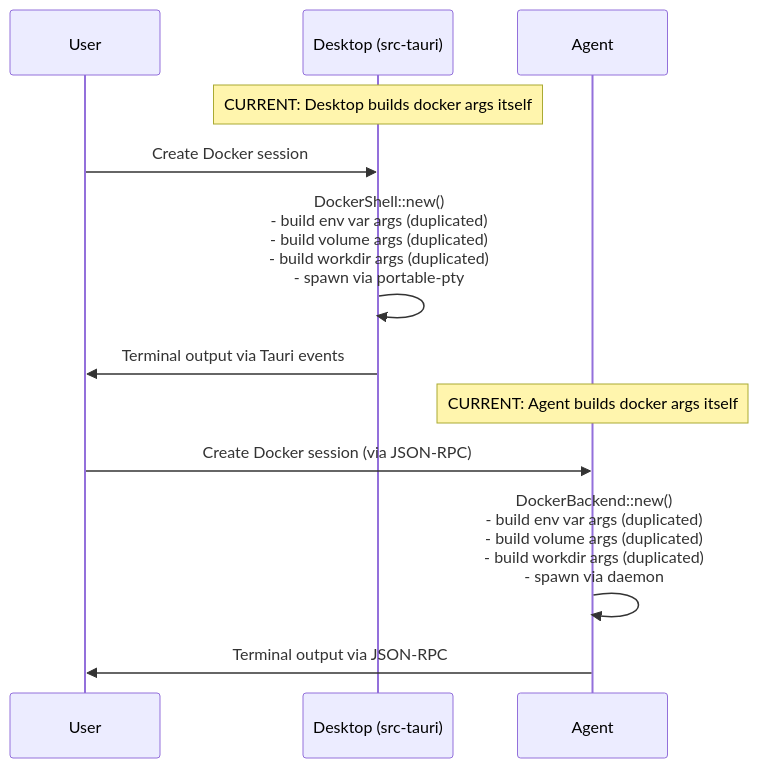
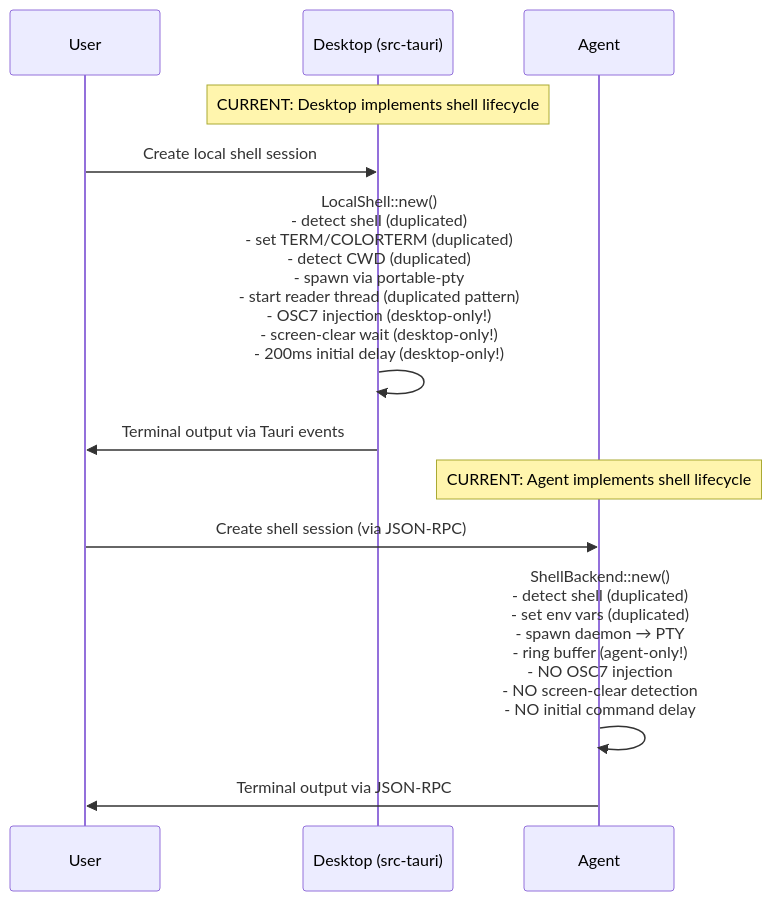
Before and after one commit to armaxri/termiHub: the fifth of 10 diagrams in docs/concepts/shared-rust-core.md, drawn with Mermaid. The commit also changed other lines of this file, not shown here.

First line of the commit message:
docs(concept): rewrite shared-rust-core as backend engine, not utility crate

````diff
--- a/docs/concepts/shared-rust-core.md
+++ b/docs/concepts/shared-rust-core.md
@@ -441,16 +882,16 @@
 ```mermaid
 sequenceDiagram
     participant User
     participant Desktop as Desktop (src-tauri)
     participant Agent as Agent
 
-    Note over Desktop: CURRENT: Desktop builds docker args itself
-    User->>Desktop: Create Docker session
-    Desktop->>Desktop: DockerShell::new()<br/>- build env var args (duplicated)<br/>- build volume args (duplicated)<br/>- build workdir args (duplicated)<br/>- spawn via portable-pty
+    Note over Desktop: CURRENT: Desktop implements shell lifecycle
+    User->>Desktop: Create local shell session
+    Desktop->>Desktop: LocalShell::new()<br/>- detect shell (duplicated)<br/>- set TERM/COLORTERM (duplicated)<br/>- detect CWD (duplicated)<br/>- spawn via portable-pty<br/>- start reader thread (duplicated pattern)<br/>- OSC7 injection (desktop-only!)<br/>- screen-clear wait (desktop-only!)<br/>- 200ms initial delay (desktop-only!)
     Desktop->>User: Terminal output via Tauri events
 
-    Note over Agent: CURRENT: Agent builds docker args itself
-    User->>Agent: Create Docker session (via JSON-RPC)
-    Agent->>Agent: DockerBackend::new()<br/>- build env var args (duplicated)<br/>- build volume args (duplicated)<br/>- build workdir args (duplicated)<br/>- spawn via daemon
+    Note over Agent: CURRENT: Agent implements shell lifecycle
+    User->>Agent: Create shell session (via JSON-RPC)
+    Agent->>Agent: ShellBackend::new()<br/>- detect shell (duplicated)<br/>- set env vars (duplicated)<br/>- spawn daemon → PTY<br/>- ring buffer (agent-only!)<br/>- NO OSC7 injection<br/>- NO screen-clear detection<br/>- NO initial command delay
     Agent->>User: Terminal output via JSON-RPC
 ```
````
